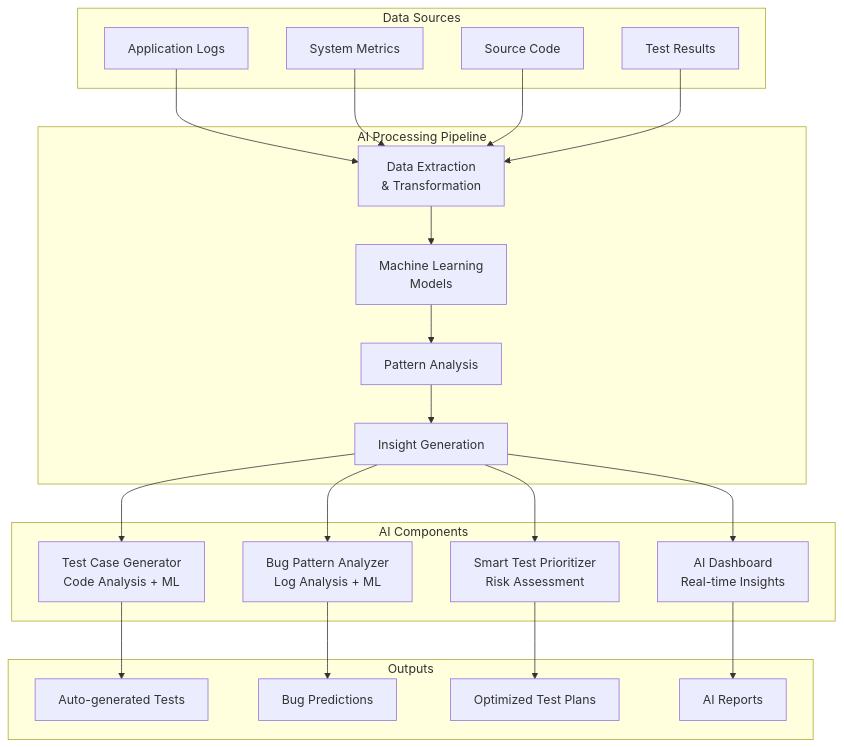
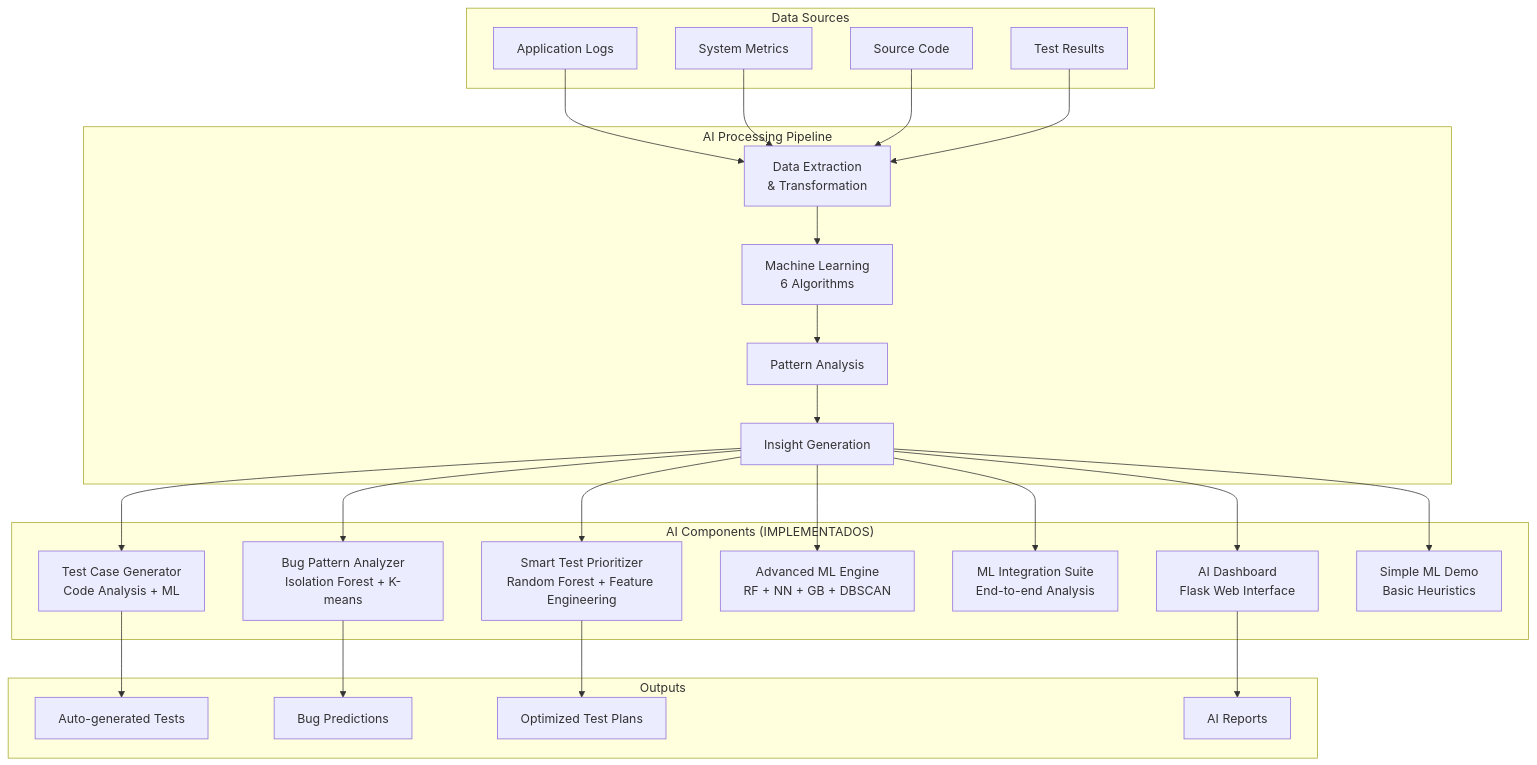
The second of 4 diagrams in ARCHITECTURE.md (lucasteixeirati/microservices-testing-suite), drawn with Mermaid before and after one commit. The commit also changed other lines of this file and 70 other files, not shown here.

````diff
--- a/ARCHITECTURE.md
+++ b/ARCHITECTURE.md
@@ -186,49 +95,55 @@
 ```mermaid
 graph TB
     subgraph "Data Sources"
         LOGS[Application Logs]
         METRICS[System Metrics]
         CODE[Source Code]
         TESTS[Test Results]
     end
     
     subgraph "AI Processing Pipeline"
         ETL[Data Extraction<br/>& Transformation]
-        ML[Machine Learning<br/>Models]
+        ML[Machine Learning<br/>6 Algorithms]
         ANALYSIS[Pattern Analysis]
         INSIGHTS[Insight Generation]
     end
     
-    subgraph "AI Components"
+    subgraph "AI Components (IMPLEMENTADOS)"
         TCG[Test Case Generator<br/>Code Analysis + ML]
-        BPA[Bug Pattern Analyzer<br/>Log Analysis + ML]
-        STP[Smart Test Prioritizer<br/>Risk Assessment]
-        AID[AI Dashboard<br/>Real-time Insights]
+        BPA[Bug Pattern Analyzer<br/>Isolation Forest + K-means]
+        STP[Smart Test Prioritizer<br/>Random Forest + Feature Engineering]
+        AME[Advanced ML Engine<br/>RF + NN + GB + DBSCAN]
+        MIS[ML Integration Suite<br/>End-to-end Analysis]
+        AID[AI Dashboard<br/>Flask Web Interface]
+        SMD[Simple ML Demo<br/>Basic Heuristics]
     end
     
     subgraph "Outputs"
         AUTO_TESTS[Auto-generated Tests]
         BUG_ALERTS[Bug Predictions]
         TEST_PLANS[Optimized Test Plans]
         REPORTS[AI Reports]
     end
     
     LOGS --> ETL
     METRICS --> ETL
     CODE --> ETL
     TESTS --> ETL
     
     ETL --> ML
     ML --> ANALYSIS
     ANALYSIS --> INSIGHTS
     
     INSIGHTS --> TCG
     INSIGHTS --> BPA
     INSIGHTS --> STP
+    INSIGHTS --> AME
+    INSIGHTS --> MIS
     INSIGHTS --> AID
+    INSIGHTS --> SMD
     
     TCG --> AUTO_TESTS
     BPA --> BUG_ALERTS
     STP --> TEST_PLANS
     AID --> REPORTS
 ```
````
